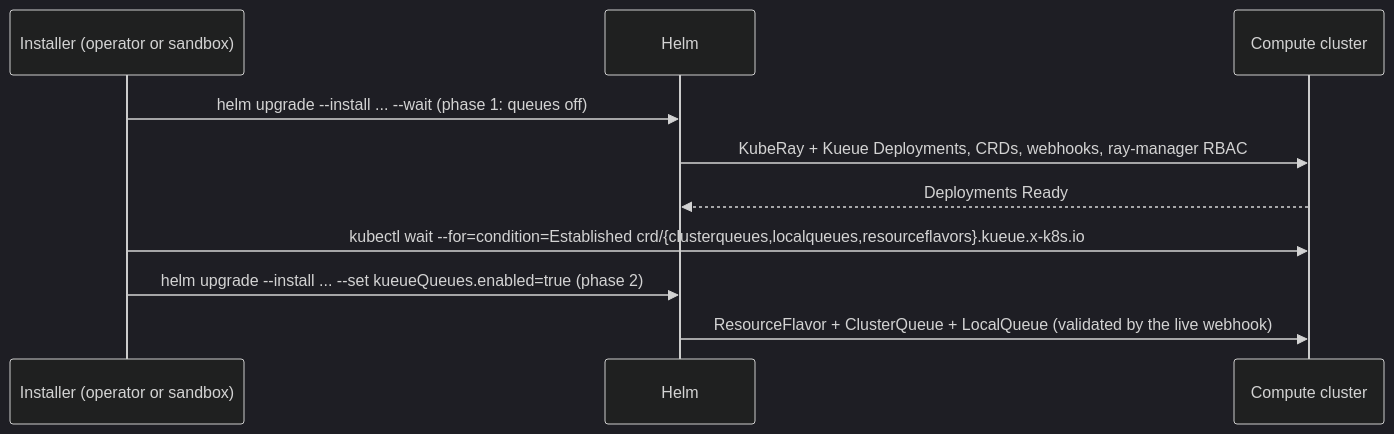
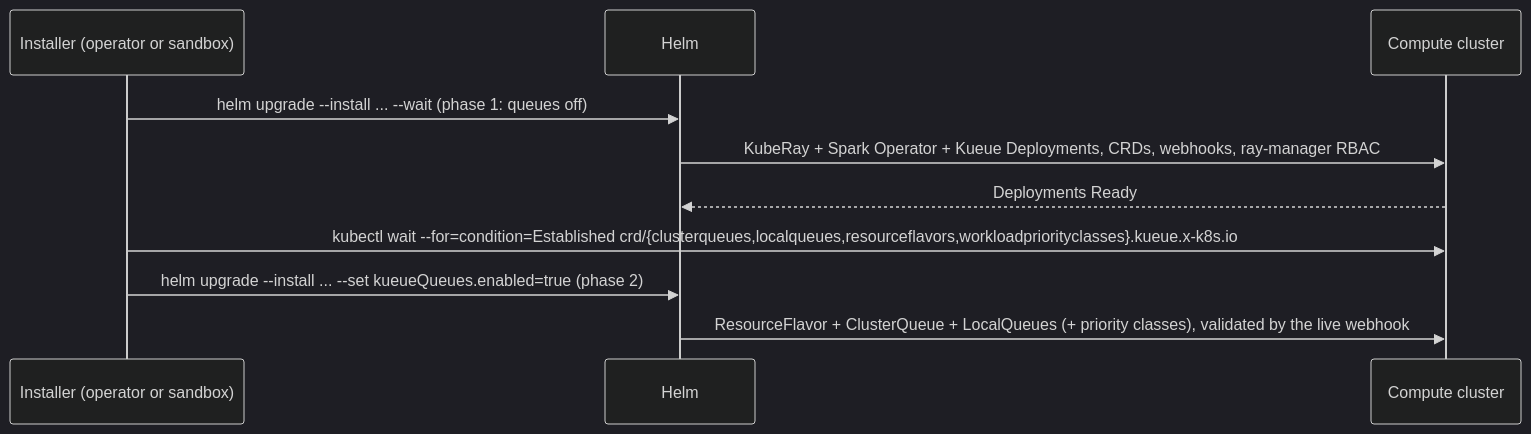
One commit to michelangelo-ai/enhancements changed the second of 2 diagrams in rfcs/20260805-compute-cluster-helm-chart/20260805-compute-cluster-helm-chart.md. Above: the diagram before and after it, drawn with Mermaid (dark theme). The commit also changed other lines of this file, not shown here.

First line of the commit message:
rfc(compute-chart): cover Spark Operator, replace stale Kueue pin premise, align queue values

````diff
--- a/rfcs/20260805-compute-cluster-helm-chart/20260805-compute-cluster-helm-chart.md
+++ b/rfcs/20260805-compute-cluster-helm-chart/20260805-compute-cluster-helm-chart.md
@@ -178,13 +178,13 @@
 ```mermaid
 sequenceDiagram
     participant I as Installer (operator or sandbox)
     participant H as Helm
     participant K as Compute cluster
 
     I->>H: helm upgrade --install ... --wait          (phase 1: queues off)
-    H->>K: KubeRay + Kueue Deployments, CRDs, webhooks, ray-manager RBAC
+    H->>K: KubeRay + Spark Operator + Kueue Deployments, CRDs, webhooks, ray-manager RBAC
     K-->>H: Deployments Ready
-    I->>K: kubectl wait --for=condition=Established crd/{clusterqueues,localqueues,resourceflavors}.kueue.x-k8s.io
+    I->>K: kubectl wait --for=condition=Established crd/{clusterqueues,localqueues,resourceflavors,workloadpriorityclasses}.kueue.x-k8s.io
     I->>H: helm upgrade --install ... --set kueueQueues.enabled=true   (phase 2)
-    H->>K: ResourceFlavor + ClusterQueue + LocalQueue (validated by the live webhook)
+    H->>K: ResourceFlavor + ClusterQueue + LocalQueues (+ priority classes), validated by the live webhook
 ```
````
